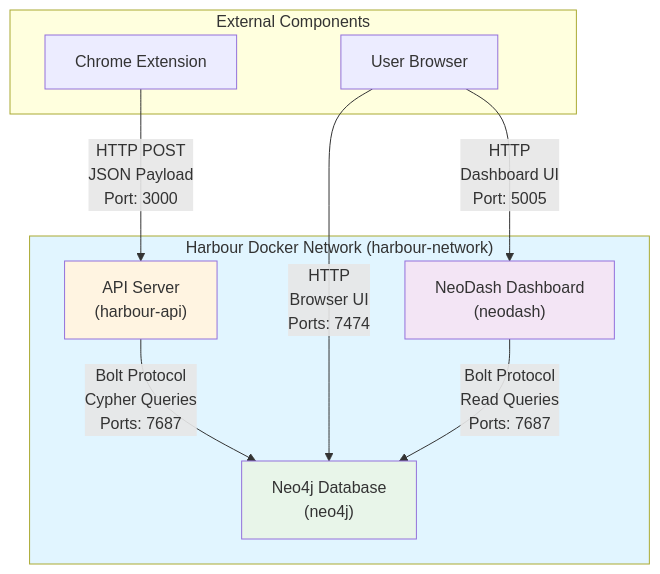
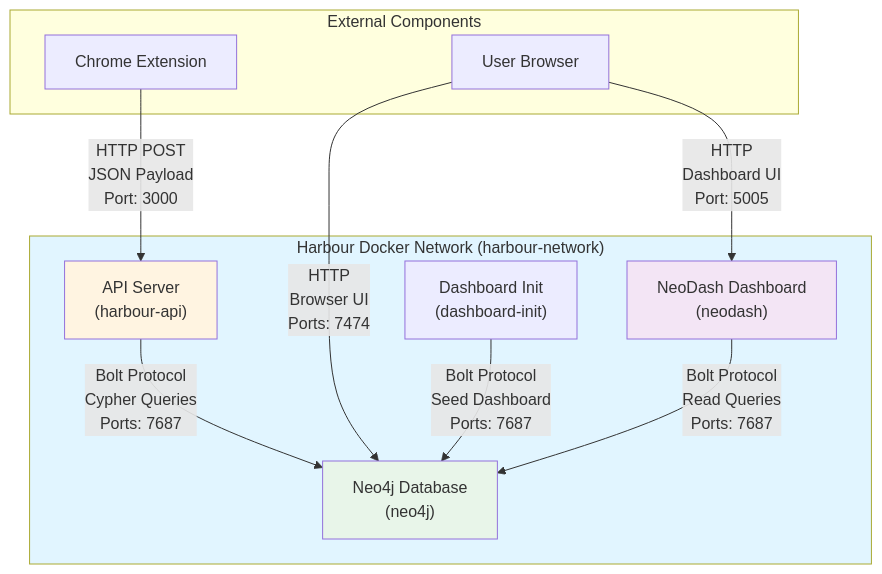
One commit to Harry-Waterman/def-acc-logiq changed the second of 2 diagrams in Harbour/README.md. Above: the diagram before and after it, drawn with Mermaid. The commit also changed other lines of this file and 2 other files, not shown here.

````diff
--- a/Harbour/README.md
+++ b/Harbour/README.md
@@ -75,25 +76,27 @@
 ```mermaid
 flowchart TB
     subgraph External["External Components"]
         Chrome["Chrome Extension"]
         User["User Browser"]
     end
     
     subgraph Harbour["Harbour Docker Network (harbour-network)"]
         API["API Server<br/>(harbour-api)"]
         Neo4j["Neo4j Database<br/>(neo4j)"]
         NeoDash["NeoDash Dashboard<br/>(neodash)"]
+        DashboardInit["Dashboard Init<br/>(dashboard-init)"]
     end
     
     Chrome -->|HTTP POST<br/>JSON Payload<br/>Port: 3000| API
     User -->|HTTP<br/>Browser UI<br/>Ports: 7474| Neo4j
     User -->|HTTP<br/>Dashboard UI<br/>Port: 5005| NeoDash
     
     API -->|Bolt Protocol<br/>Cypher Queries<br/>Ports: 7687| Neo4j
     NeoDash -->|Bolt Protocol<br/>Read Queries<br/>Ports: 7687| Neo4j
+    DashboardInit -->|Bolt Protocol<br/>Seed Dashboard<br/>Ports: 7687| Neo4j
     
     style Harbour fill:#e1f5ff
     style API fill:#fff4e1
     style Neo4j fill:#e8f5e9
     style NeoDash fill:#f3e5f5
 ```
````
